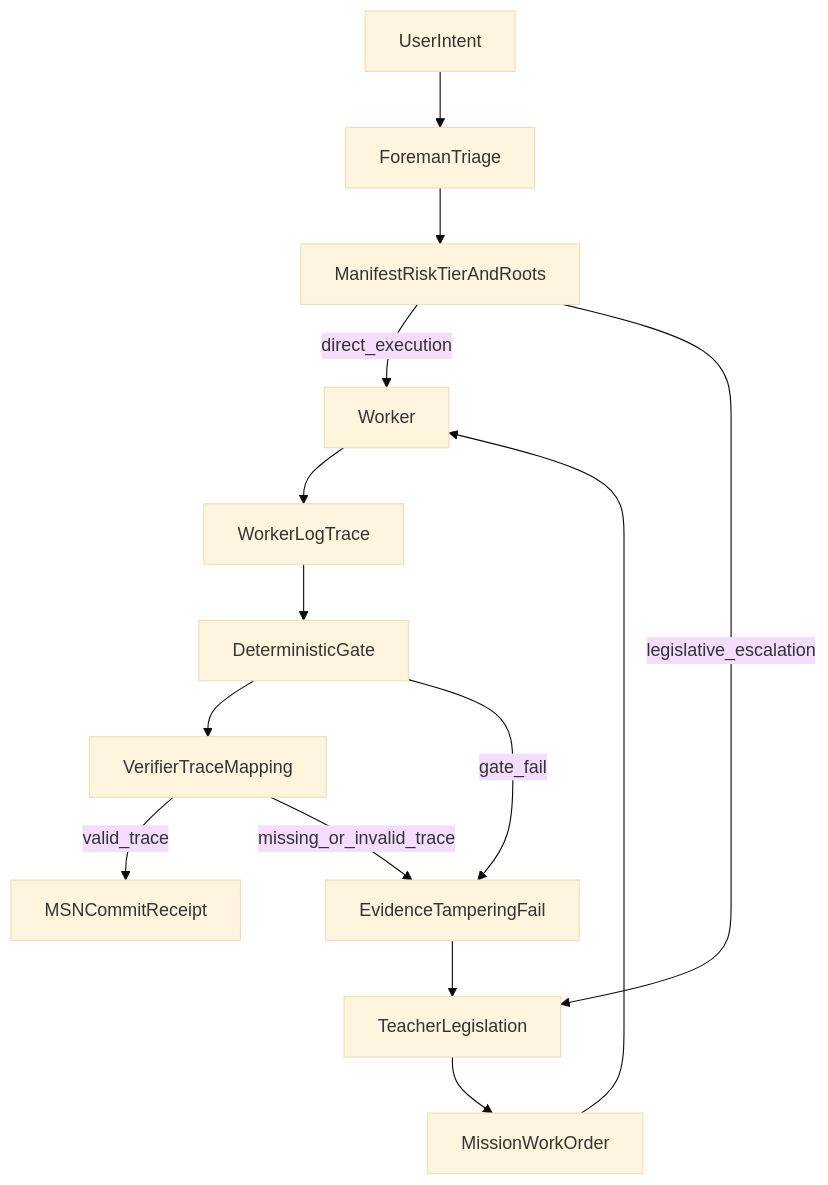
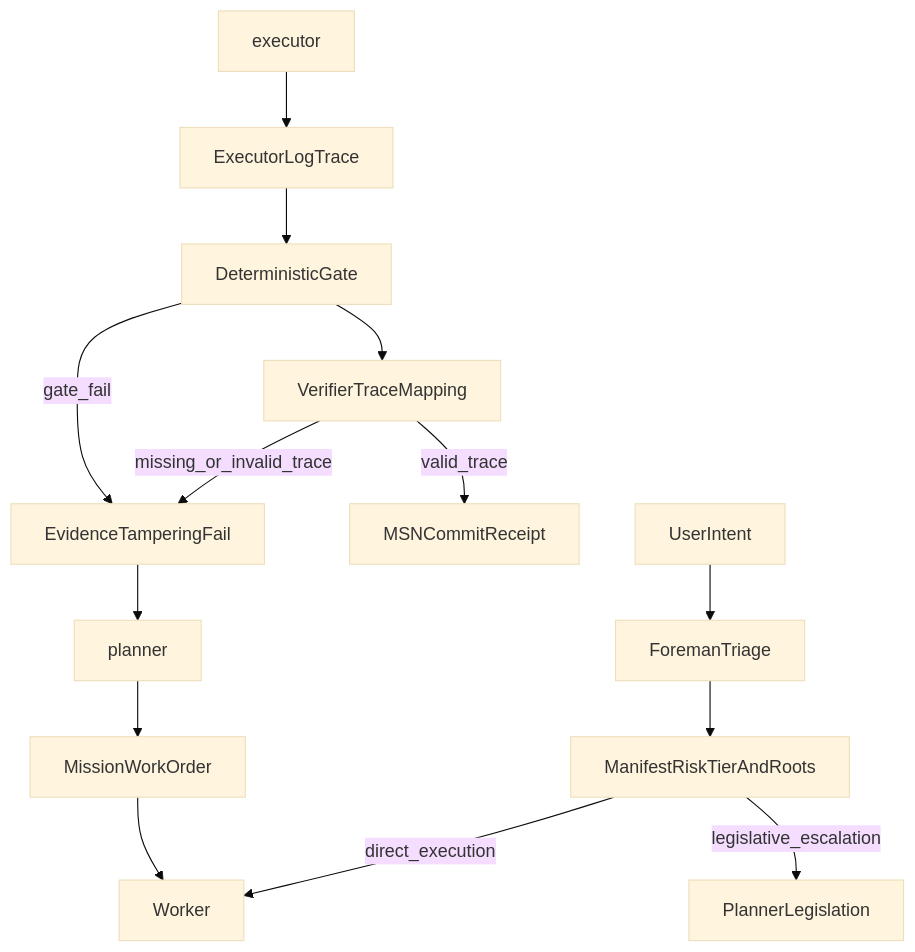
Before and after one commit to jeger-ai/opengantry: the diagram in .gitagent/README.md, drawn with Mermaid (base theme). The commit also changed other lines of this file and 246 other files, not shown here.

First line of the commit message:
[MSN-0075] hard rename Teacher→Planner, Worker→Executor

````diff
--- a/.gitagent/README.md
+++ b/.gitagent/README.md
@@ -49,16 +49,16 @@
 ```mermaid
 flowchart TD
   intent[UserIntent] --> foreman[ForemanTriage]
   foreman --> match[ManifestRiskTierAndRoots]
   match -->|"direct_execution"| worker[Worker]
-  match -->|"legislative_escalation"| teacher[TeacherLegislation]
-  teacher --> mission[MissionWorkOrder]
+  match -->|"legislative_escalation"| teacher[PlannerLegislation]
+  planner --> mission[MissionWorkOrder]
   mission --> worker
-  worker --> logTrace[WorkerLogTrace]
+  executor --> logTrace[ExecutorLogTrace]
   logTrace --> gate[DeterministicGate]
   gate --> verify[VerifierTraceMapping]
   verify -->|"valid_trace"| receipt[MSNCommitReceipt]
   verify -->|"missing_or_invalid_trace"| fail[EvidenceTamperingFail]
   gate -->|"gate_fail"| fail
-  fail --> teacher
+  fail --> planner
 ```
````
